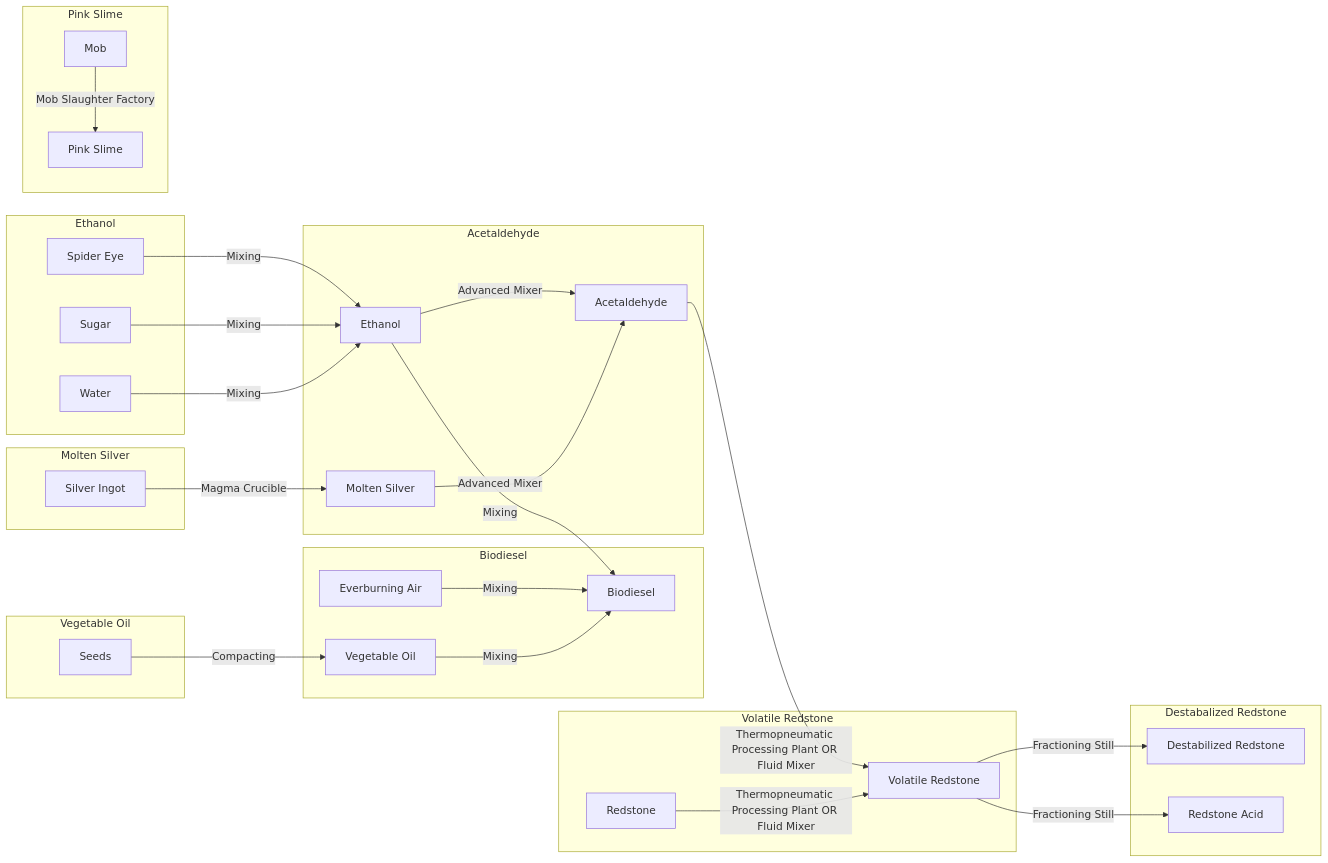
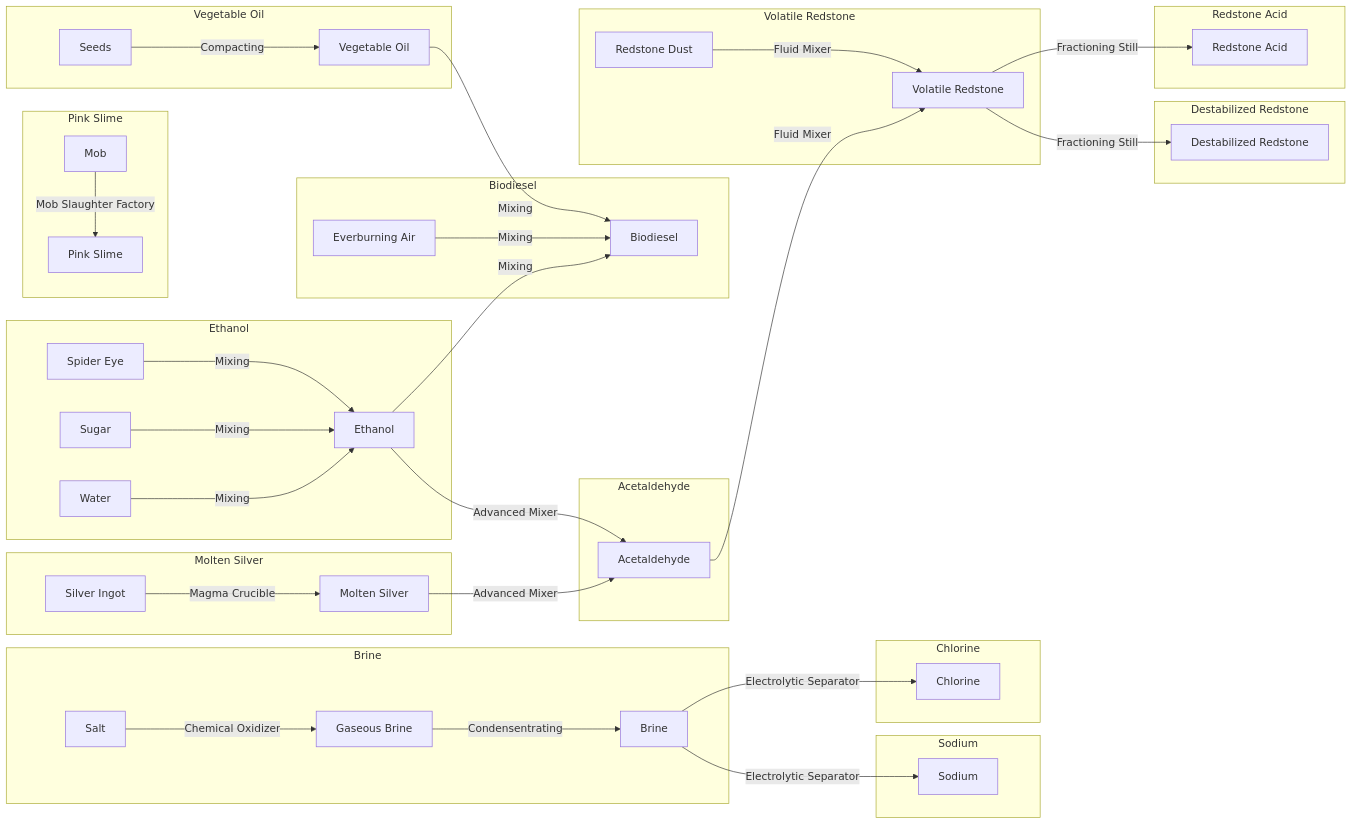
One commit to res0nat0r/minecraft changed the diagram in fluids.md. Above: the diagram before and after it, drawn with Mermaid.

Commit message:
add fluids

````diff
--- a/fluids.md
+++ b/fluids.md
@@ -3,51 +3,66 @@
 ```mermaid
 %%{
 init: {
 "flowchart":{
 "useMaxWidth": 0
 }
 }
 }%%
 
 graph LR
 
-subgraph Acetaldehyde
-ethanol[Ethanol] -->|Advanced Mixer| acetaldehyde[Acetaldehyde]
-molten_silver[Molten Silver] -->|Advanced Mixer| acetaldehyde
-end
-
 subgraph Ethanol
 spider_eye[Spider Eye] -->|Mixing| ethanol[Ethanol]
 sugar[Sugar] -->|Mixing| ethanol
 water[Water] -->|Mixing| ethanol
 end
 
 subgraph Molten Silver
 silver_ingot[Silver Ingot] -->|Magma Crucible| molten_silver
 end
 
+subgraph Acetaldehyde
+ethanol[Ethanol] -->|Advanced Mixer| acetaldehyde[Acetaldehyde]
+molten_silver[Molten Silver] -->|Advanced Mixer| acetaldehyde
+end
+
+subgraph Vegetable Oil
+seeds[Seeds] -->|Compacting| vegetable_oil
+end
+
 subgraph Biodiesel
 everburning_air[Everburning Air] -->|Mixing| biodiesel[Biodiesel]
 vegetable_oil[Vegetable Oil] -->|Mixing| biodiesel
 ethanol -->|Mixing| biodiesel
 end
 
-subgraph Vegetable Oil
-seeds[Seeds] -->|Compacting| vegetable_oil
-end
-
 subgraph Pink Slime
 mob[Mob] -->|Mob Slaughter Factory| pink_slime[Pink Slime]
 end
 
+subgraph Brine
+salt[Salt] -->|Chemical Oxidizer| gaseous_brine[Gaseous Brine]
+gaseous_brine -->|Condensentrating| brine[Brine]
+end
+
+subgraph Sodium
+brine -->|Electrolytic Separator| sodium[Sodium]
+end
+
+subgraph Chlorine
+brine -->|Electrolytic Separator| chlorine[Chlorine]
+end
 
 subgraph Volatile Redstone
-acetaldehyde -->|Thermopneumatic Processing Plant OR Fluid Mixer| volatile_redstone[Volatile Redstone]
-redstone[Redstone] -->|Thermopneumatic Processing Plant OR Fluid Mixer| volatile_redstone[Volatile Redstone]
+acetaldehyde -->|Fluid Mixer| volatile_redstone[Volatile Redstone]
+redstone_dust[Redstone Dust] -->|Fluid Mixer| volatile_redstone[Volatile Redstone]
 end
 
-subgraph Destabalized Redstone
+subgraph Destabilized Redstone
 volatile_redstone -->|Fractioning Still| destabilized_redstone[Destabilized Redstone]
+end
+
+subgraph Redstone Acid
 volatile_redstone -->|Fractioning Still| redstone_acid[Redstone Acid]
 end
 ```
````
